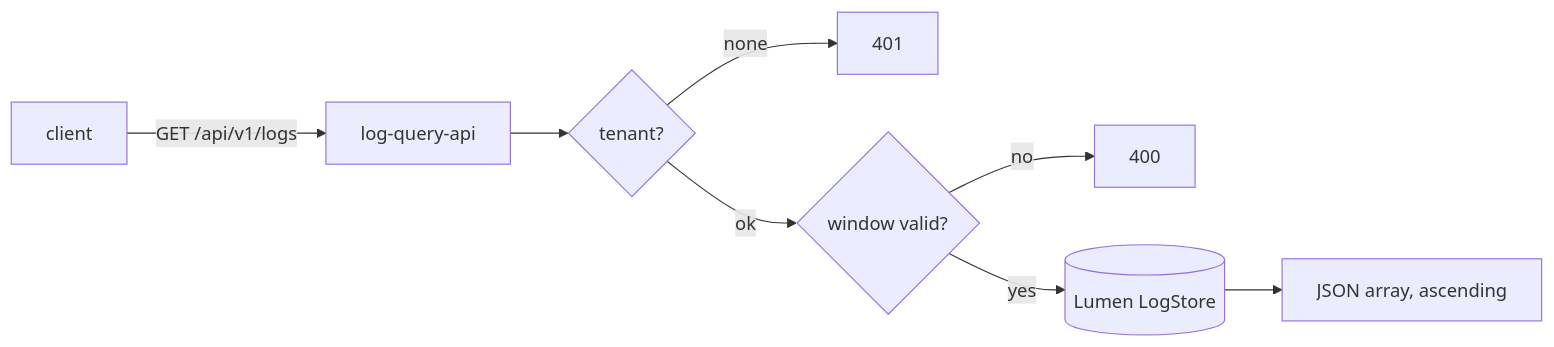
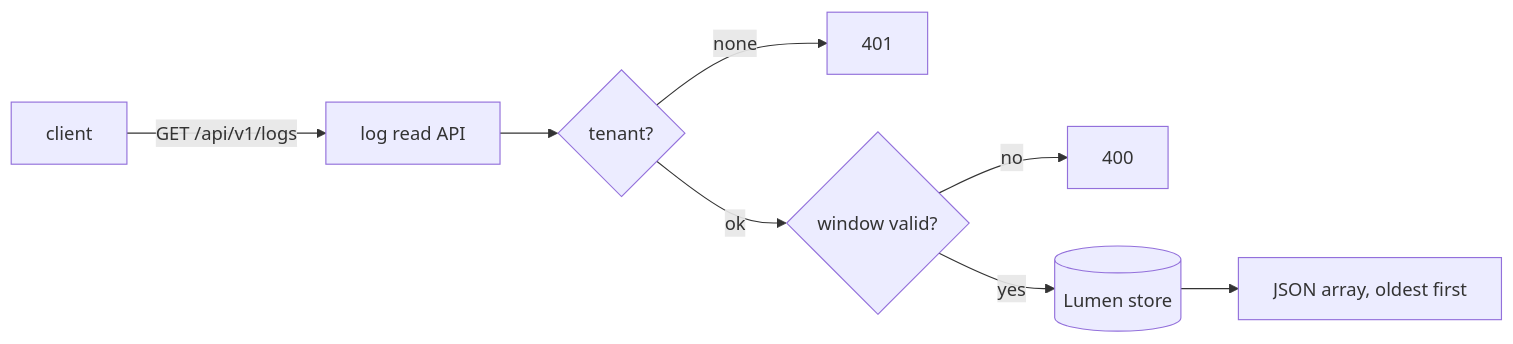
One commit to andrealaforgia/kaleidoscope-site changed the diagram in src/content/docs/components/lumen.md. Above: the diagram before and after it, drawn with Mermaid. The commit also changed other lines of this file and 23 other files, not shown here.

````diff
--- a/src/content/docs/components/lumen.md
+++ b/src/content/docs/components/lumen.md
@@ -27,10 +25,10 @@
 ```mermaid
 flowchart LR
- Client[client] -->|GET /api/v1/logs| API[log-query-api]
- API --> T{tenant?}
- T -->|none| E[401]
- T -->|ok| W{window valid?}
- W -->|no| B[400]
- W -->|yes| L[(Lumen LogStore)]
- L --> J[JSON array, ascending]
+    Client[client] -->|GET /api/v1/logs| API[log read API]
+    API --> T{tenant?}
+    T -->|none| E[401]
+    T -->|ok| W{window valid?}
+    W -->|no| B[400]
+    W -->|yes| L[(Lumen store)]
+    L --> J[JSON array, oldest first]
 ```
````
